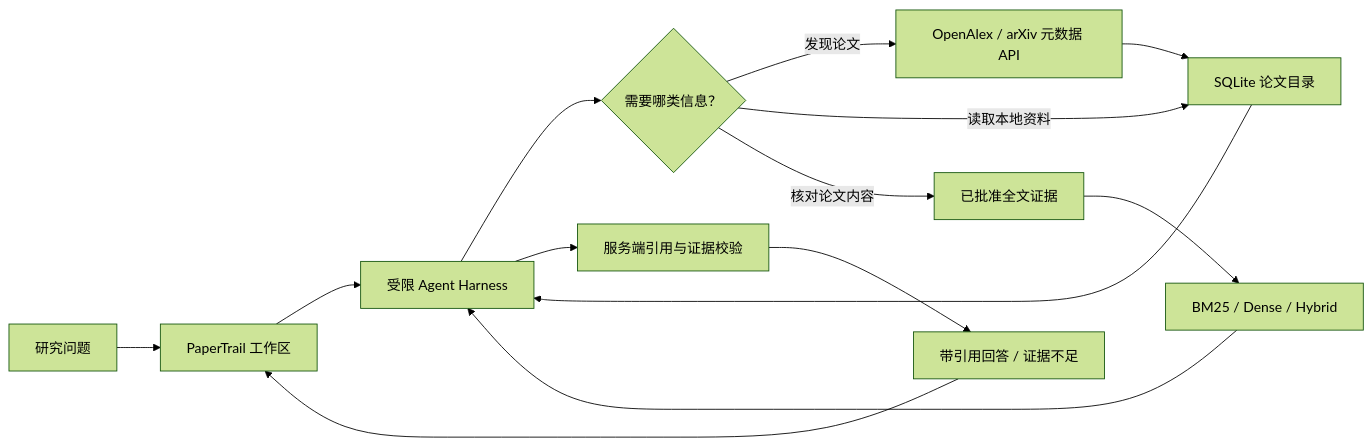
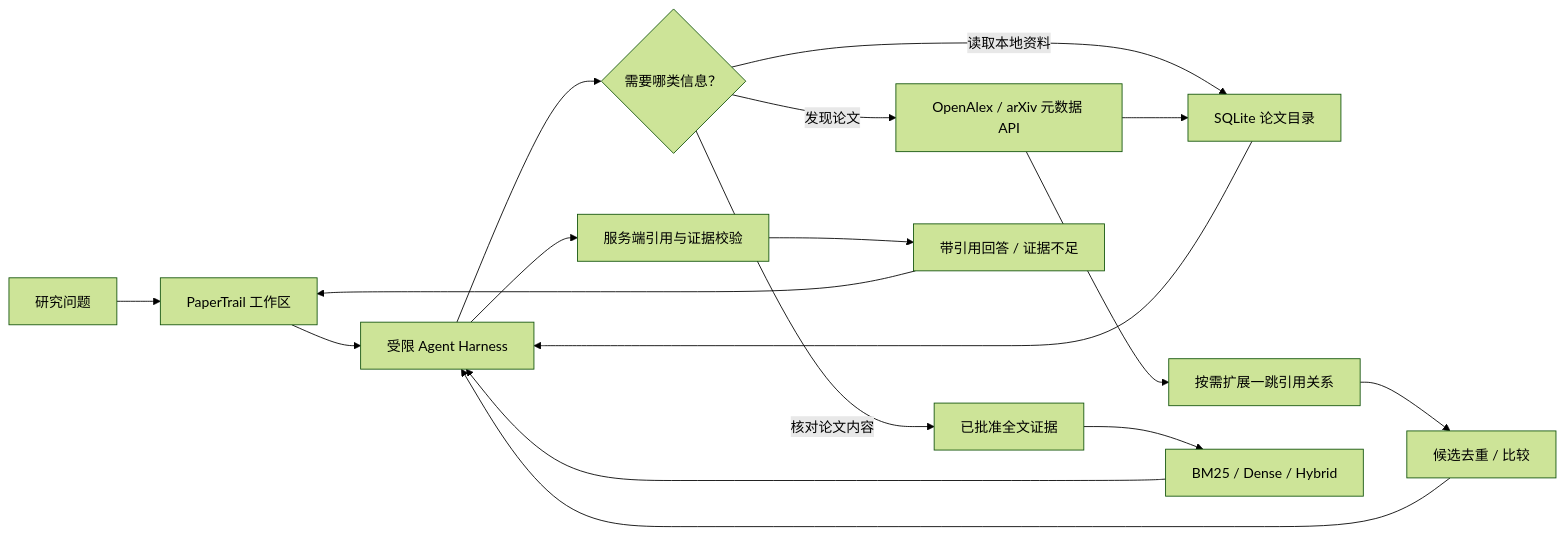
Before and after one commit to ZXN1225/papertrail: the diagram in README.md, drawn with Mermaid (forest theme). The commit also changed other lines of this file, not shown here.

````diff
--- a/README.md
+++ b/README.md
@@ -26,16 +26,19 @@
 ```mermaid
 flowchart LR
     Q[研究问题] --> UI[PaperTrail 工作区]
     UI --> H[受限 Agent Harness]
     H --> D{需要哪类信息？}
     D -->|发现论文| O[OpenAlex / arXiv 元数据 API]
     D -->|读取本地资料| C[SQLite 论文目录]
     D -->|核对论文内容| F[已批准全文证据]
+    O --> X[按需扩展一跳引用关系]
+    X --> S[候选去重 / 比较]
+    S --> H
     O --> C
     C --> H
     F --> R[BM25 / Dense / Hybrid]
     R --> H
     H --> V[服务端引用与证据校验]
     V --> A[带引用回答 / 证据不足]
     A --> UI
 ```
````
